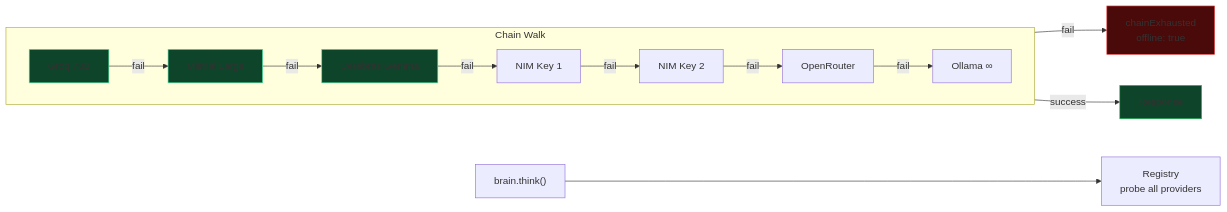
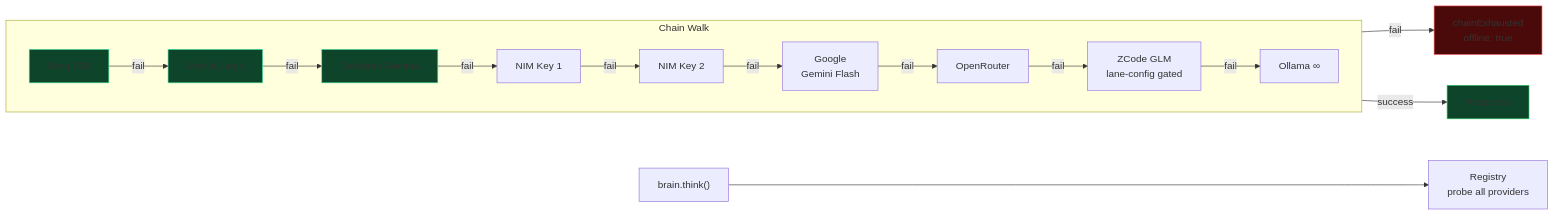
The third of 11 diagrams in README.md (HailLucifer666/Agent_OS), drawn with Mermaid before and after one commit. The commit also changed other lines of this file, not shown here.

First paragraph of the commit message:
docs(readme): add the missing brain lanes to both mermaid diagrams
Both README architecture diagrams had drifted from the real provider chain in
mythos/src/core/brain/chain.js, whose LANES map is { zcode, nim, nim2, groq,
mistral, cerebras, openrouter, google, ollama } over 8 provider modules.

````diff
--- a/README.md
+++ b/README.md
@@ -188,23 +189,25 @@
 ```mermaid
 flowchart LR
     THINK["brain.think()"] --> REG["Registry<br/>probe all providers"]
 
     subgraph Chain["Chain Walk"]
         direction LR
         A1["Groq 70B"] -->|fail| A2["Mistral Large"]
         A2 -->|fail| A3["Cerebras Gemma"]
         A3 -->|fail| A4["NIM Key 1"]
         A4 -->|fail| A5["NIM Key 2"]
-        A5 -->|fail| A6["OpenRouter"]
-        A6 -->|fail| A7["Ollama ∞"]
+        A5 -->|fail| A6["Google<br/>Gemini Flash"]
+        A6 -->|fail| A7["OpenRouter"]
+        A7 -->|fail| A8["ZCode GLM<br/>lane-config gated"]
+        A8 -->|fail| A9["Ollama ∞"]
     end
 
-    A7 -->|fail| DEAD["chainExhausted<br/>offline: true"]
+    A9 -->|fail| DEAD["chainExhausted<br/>offline: true"]
     A1 -->|success| RESP["Response"]
 
     style A1 fill:#0e4429,stroke:#43e5a0
     style A2 fill:#0e4429,stroke:#43e5a0
     style A3 fill:#0e4429,stroke:#43e5a0
     style DEAD fill:#4a0a0a,stroke:#ef4444
     style RESP fill:#0e4429,stroke:#22c55e
 ```
````
